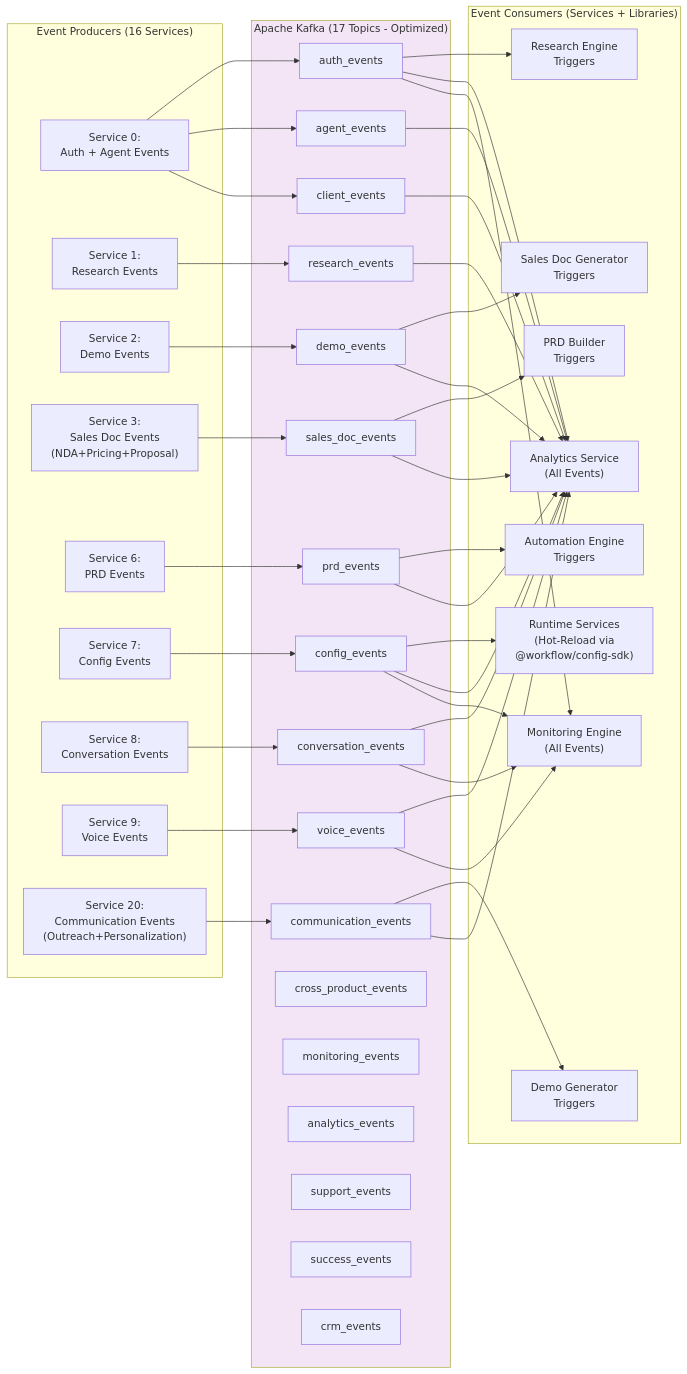
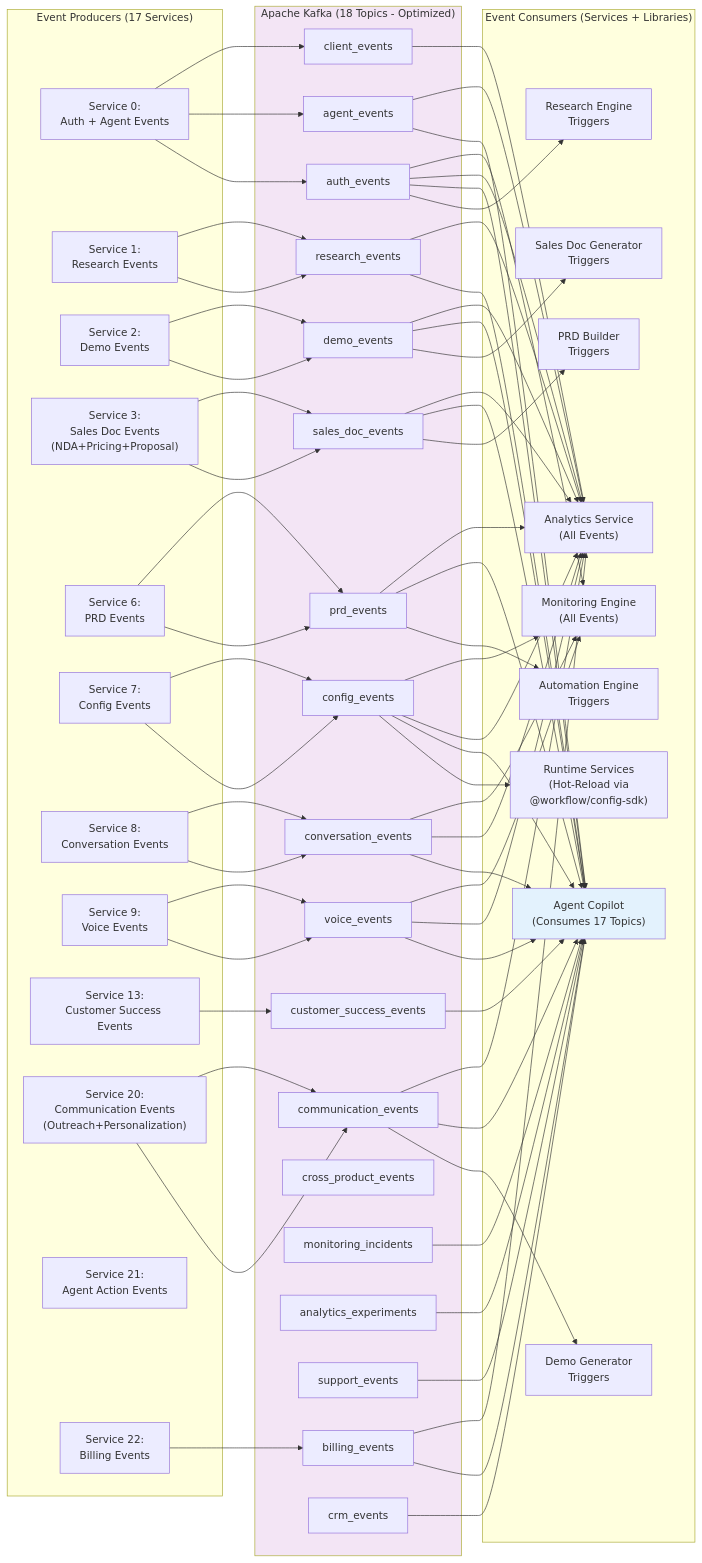
Diagram 13 of 14 in docs/workflows/WORKFLOW_DIAGRAMS.md (pupiltree/workflow-automation), drawn with Mermaid before and after one commit. The commit also changed other lines of this file and 1 other file, not shown here.

````diff
--- a/docs/workflows/WORKFLOW_DIAGRAMS.md
+++ b/docs/workflows/WORKFLOW_DIAGRAMS.md
@@ -579,6 +686,6 @@
 ```mermaid
 flowchart LR
-    subgraph Producers["Event Producers (16 Services)"]
+    subgraph Producers["Event Producers (17 Services)"]
         S0["Service 0:<br/>Auth + Agent Events"]
         S1["Service 1:<br/>Research Events"]
         S2["Service 2:<br/>Demo Events"]
@@ -587,10 +694,13 @@
         S7["Service 7:<br/>Config Events"]
         S8["Service 8:<br/>Conversation Events"]
         S9["Service 9:<br/>Voice Events"]
+        S13["Service 13:<br/>Customer Success Events"]
         S20["Service 20:<br/>Communication Events<br/>(Outreach+Personalization)"]
+        S21["Service 21:<br/>Agent Action Events"]
+        S22["Service 22:<br/>Billing Events"]
     end
 
-    subgraph Kafka["Apache Kafka (17 Topics - Optimized)"]
+    subgraph Kafka["Apache Kafka (18 Topics - Optimized)"]
         T1["auth_events"]
         T2["agent_events"]
         T3["research_events"]
@@ -599,14 +709,15 @@
         T6["demo_events"]
         T7["sales_doc_events"]
         T8["prd_events"]
+        T9["billing_events"]
         T11["config_events"]
         T12["conversation_events"]
         T13["voice_events"]
         T14["cross_product_events"]
-        T15["monitoring_events"]
-        T16["analytics_events"]
+        T15["monitoring_incidents"]
+        T16["analytics_experiments"]
         T17["support_events"]
-        T18["success_events"]
+        T18["customer_success_events"]
         T19["crm_events"]
     end
 
@@ -617,6 +728,7 @@
         C_PRD["PRD Builder<br/>Triggers"]
         C_Auto["Automation Engine<br/>Triggers"]
         C_Runtime["Runtime Services<br/>(Hot-Reload via<br/>@workflow/config-sdk)"]
+        C_Copilot["Agent Copilot<br/>(Consumes 17 Topics)"]
         C_Analytics["Analytics Service<br/>(All Events)"]
         C_Monitor["Monitoring Engine<br/>(All Events)"]
     end
@@ -633,12 +745,40 @@
     S9 --> T13
     S20 --> T4
 
+    S1 --> T3
+    S2 --> T6
+    S3 --> T7
+    S6 --> T8
+    S7 --> T11
+    S8 --> T12
+    S9 --> T13
+    S13 --> T18
+    S20 --> T4
+    S22 --> T9
+
     T1 --> C_Research
     T4 --> C_Demo
     T6 --> C_Sales
     T7 --> C_PRD
     T8 --> C_Auto
     T11 --> C_Runtime
+
+    T1 --> C_Copilot
+    T2 --> C_Copilot
+    T3 --> C_Copilot
+    T4 --> C_Copilot
+    T6 --> C_Copilot
+    T7 --> C_Copilot
+    T9 --> C_Copilot
+    T8 --> C_Copilot
+    T11 --> C_Copilot
+    T12 --> C_Copilot
+    T13 --> C_Copilot
+    T15 --> C_Copilot
+    T16 --> C_Copilot
+    T17 --> C_Copilot
+    T18 --> C_Copilot
+    T19 --> C_Copilot
 
     T1 --> C_Analytics
     T2 --> C_Analytics
@@ -648,6 +788,7 @@
     T6 --> C_Analytics
     T7 --> C_Analytics
     T8 --> C_Analytics
+    T9 --> C_Analytics
     T11 --> C_Analytics
     T12 --> C_Analytics
     T13 --> C_Analytics
@@ -658,4 +799,5 @@
     T13 --> C_Monitor
 
     style Kafka fill:#f3e5f5
+    style C_Copilot fill:#e3f2fd
 ```
````
